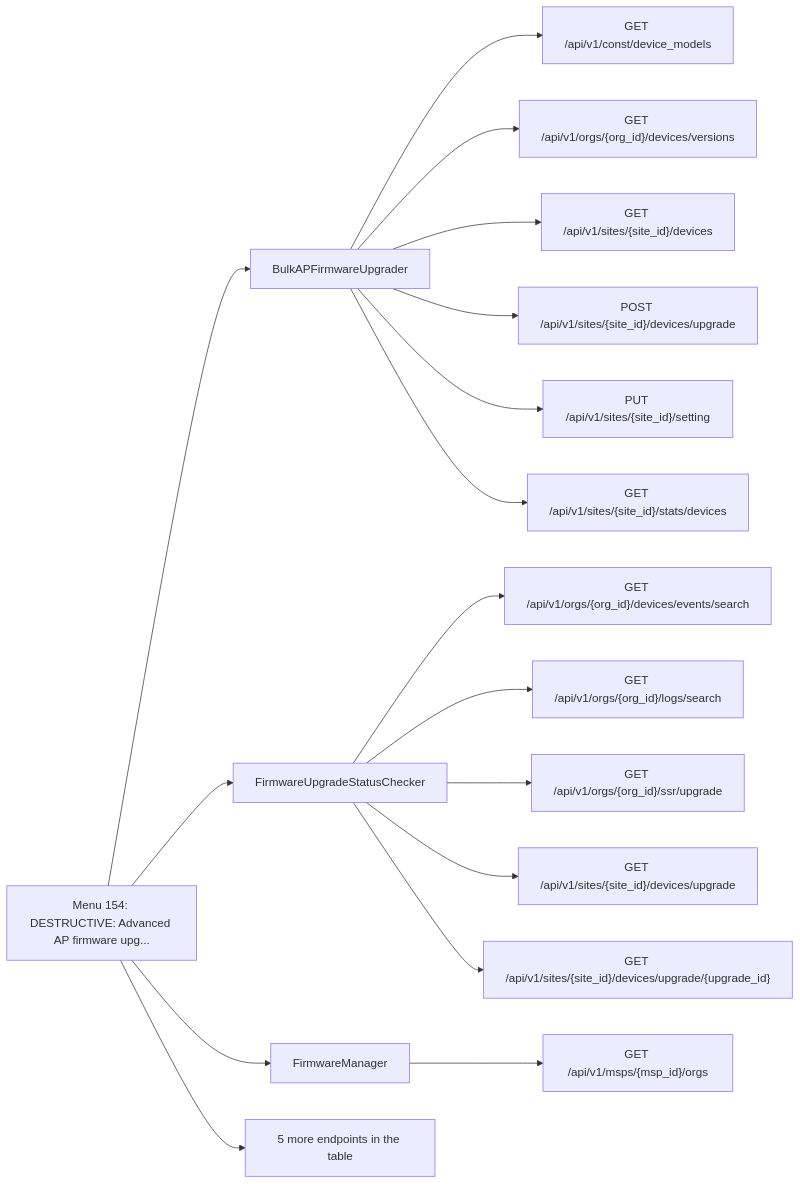
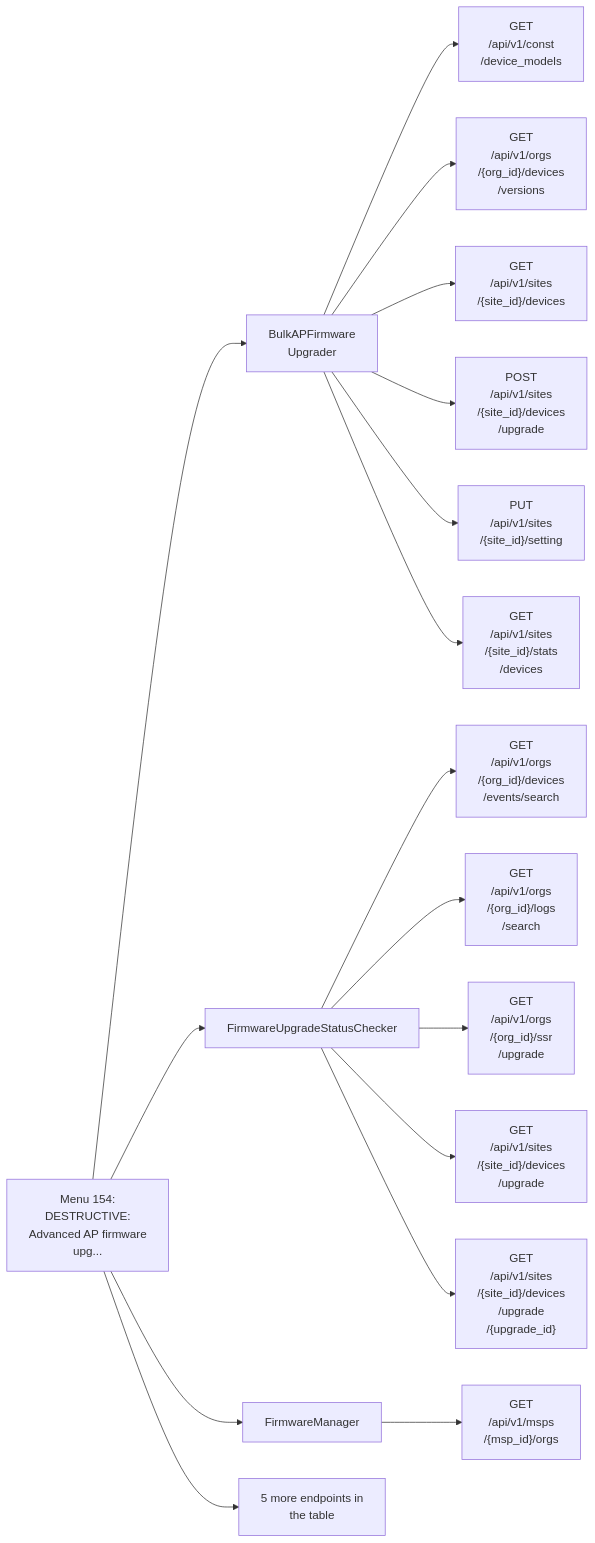
One commit to jmorrison-juniper/MistHelper changed the second of 41 diagrams in documentation/menu-api/destructive.md. Above: the diagram before and after it, drawn with Mermaid. The commit also changed other lines of this file and 19 other files, not shown here.

First line of the commit message:
docs(menu-api): fit the Mermaid diagrams to the wiki column

````diff
--- a/documentation/menu-api/destructive.md
+++ b/documentation/menu-api/destructive.md
@@ -245,20 +44,20 @@
 ```mermaid
 flowchart LR
-    menu["Menu 154: DESTRUCTIVE: Advanced AP firmware upg..."]
-    menu --> c1["BulkAPFirmwareUpgrader"]
-    c1 --> e1["GET /api/v1/const/device_models"]
-    c1 --> e2["GET /api/v1/orgs/{org_id}/devices/versions"]
-    c1 --> e3["GET /api/v1/sites/{site_id}/devices"]
-    c1 --> e4["POST /api/v1/sites/{site_id}/devices/upgrade"]
-    c1 --> e5["PUT /api/v1/sites/{site_id}/setting"]
-    c1 --> e6["GET /api/v1/sites/{site_id}/stats/devices"]
+    menu["Menu 154:<br/>DESTRUCTIVE:<br/>Advanced AP firmware<br/>upg..."]
+    menu --> c1["BulkAPFirmware<br/>Upgrader"]
+    c1 --> e1["GET<br/>/api/v1/const<br/>/device_models"]
+    c1 --> e2["GET<br/>/api/v1/orgs<br/>/{org_id}/devices<br/>/versions"]
+    c1 --> e3["GET<br/>/api/v1/sites<br/>/{site_id}/devices"]
+    c1 --> e4["POST<br/>/api/v1/sites<br/>/{site_id}/devices<br/>/upgrade"]
+    c1 --> e5["PUT<br/>/api/v1/sites<br/>/{site_id}/setting"]
+    c1 --> e6["GET<br/>/api/v1/sites<br/>/{site_id}/stats<br/>/devices"]
     menu --> c2["FirmwareUpgradeStatusChecker"]
-    c2 --> e7["GET /api/v1/orgs/{org_id}/devices/events/search"]
-    c2 --> e8["GET /api/v1/orgs/{org_id}/logs/search"]
-    c2 --> e9["GET /api/v1/orgs/{org_id}/ssr/upgrade"]
-    c2 --> e10["GET /api/v1/sites/{site_id}/devices/upgrade"]
-    c2 --> e11["GET /api/v1/sites/{site_id}/devices/upgrade/{upgrade_id}"]
+    c2 --> e7["GET<br/>/api/v1/orgs<br/>/{org_id}/devices<br/>/events/search"]
+    c2 --> e8["GET<br/>/api/v1/orgs<br/>/{org_id}/logs<br/>/search"]
+    c2 --> e9["GET<br/>/api/v1/orgs<br/>/{org_id}/ssr<br/>/upgrade"]
+    c2 --> e10["GET<br/>/api/v1/sites<br/>/{site_id}/devices<br/>/upgrade"]
+    c2 --> e11["GET<br/>/api/v1/sites<br/>/{site_id}/devices<br/>/upgrade<br/>/{upgrade_id}"]
     menu --> c3["FirmwareManager"]
-    c3 --> e12["GET /api/v1/msps/{msp_id}/orgs"]
-    menu --> more["5 more endpoints in the table"]
+    c3 --> e12["GET<br/>/api/v1/msps<br/>/{msp_id}/orgs"]
+    menu --> more["5 more endpoints in<br/>the table"]
 ```
````
